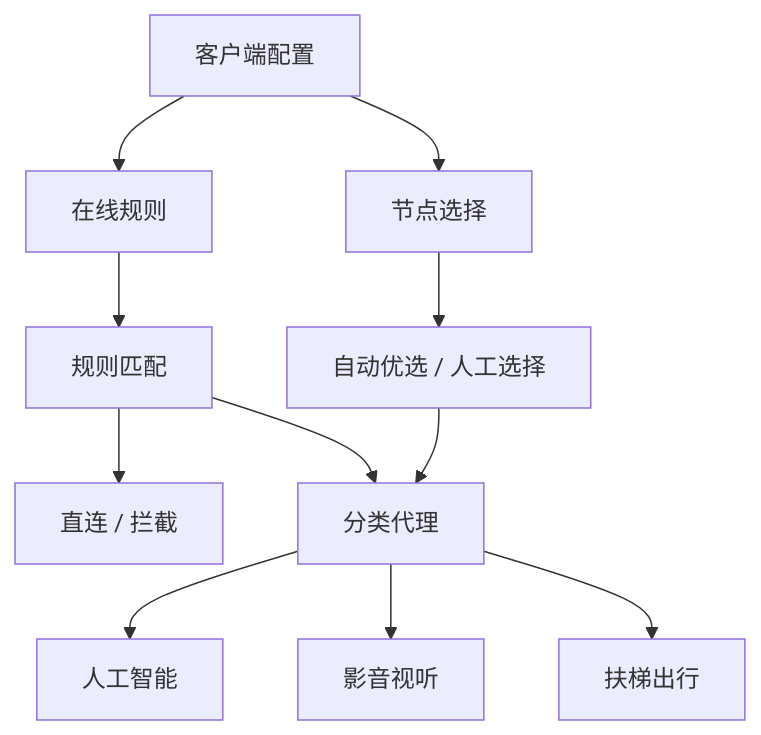
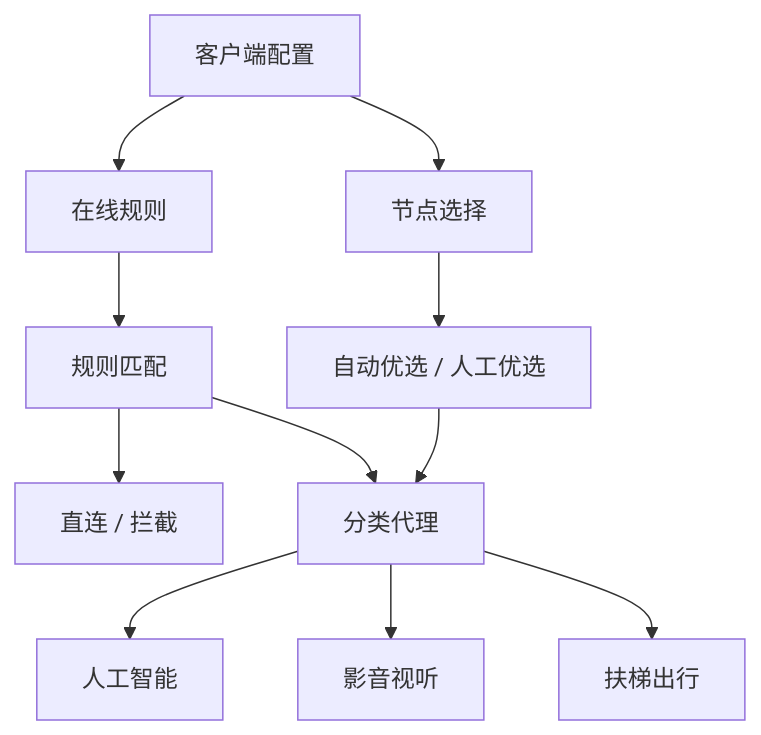
The diagram in README.md (akaspyrean/external), drawn with Mermaid before and after one commit. The commit also changed other lines of this file and 2 other files, not shown here.

Commit message:
docs: unify term 人工优选, remove fongap trace files

````diff
--- a/README.md
+++ b/README.md
@@ -15,14 +15,14 @@
 ```mermaid
 flowchart TB
     A[客户端配置]
     A --> C[在线规则]
     A --> B[节点选择]
     C --> E[规则匹配]
-    B --> D[自动优选 / 人工选择]
+    B --> D[自动优选 / 人工优选]
     E --> G[直连 / 拦截]
     E --> F[分类代理]
     D --> F
     F --> H[人工智能]
     F --> I[影音视听]
     F --> J[扶梯出行]
 ```
````
